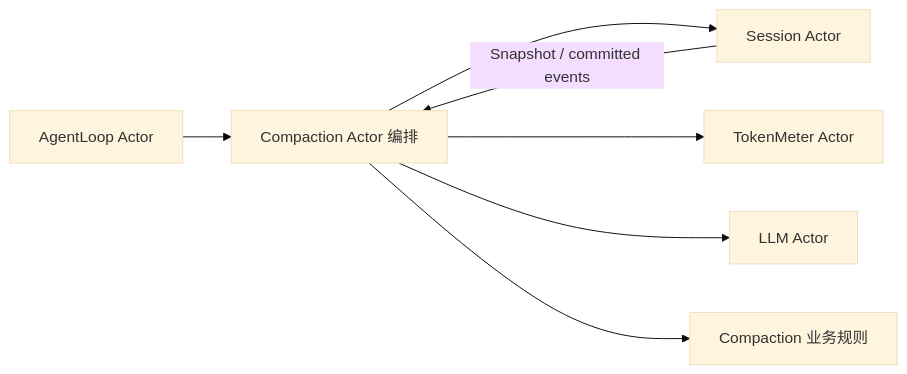
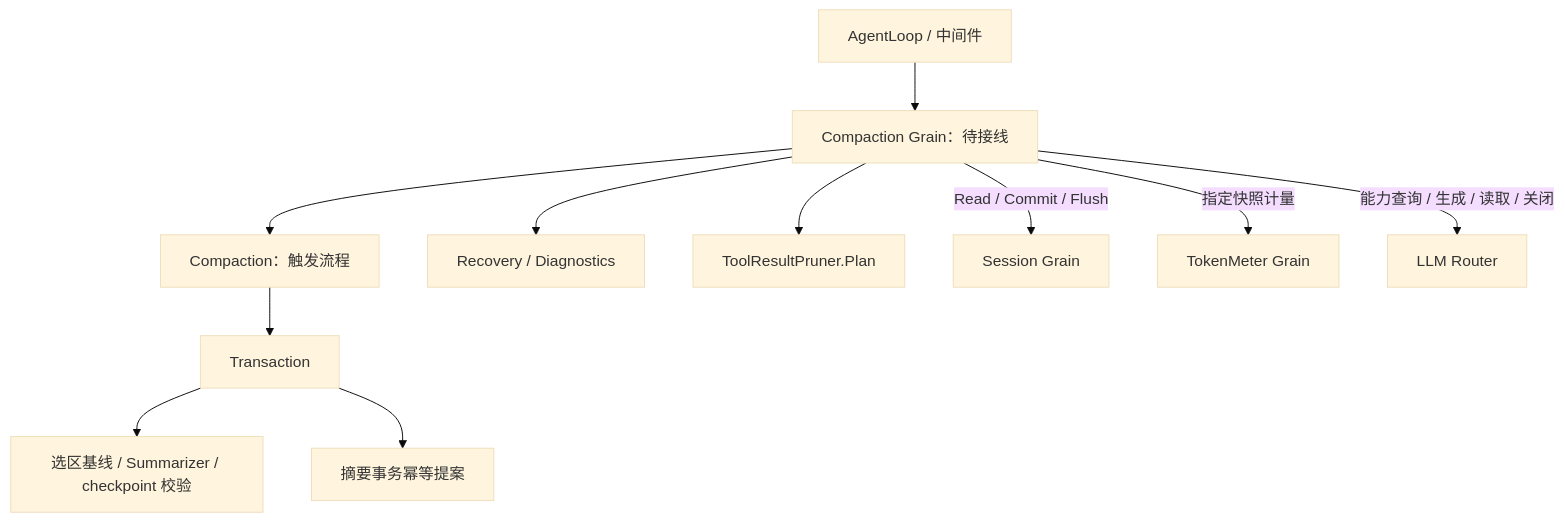
The first of 3 diagrams in zh-CN/actor-design/31-compaction-module.md (gorenx/goren), drawn with Mermaid (base theme) before and after one commit. The commit also changed other lines of this file and 6 other files, not shown here.

Commit message:
docs(actor): record compaction flows and cancellation boundaries

````diff
--- a/zh-CN/actor-design/31-compaction-module.md
+++ b/zh-CN/actor-design/31-compaction-module.md
@@ -19,9 +28,13 @@
 ```mermaid
-flowchart LR
-    A[AgentLoop Actor] --> C[Compaction Actor 编排]
-    C --> S[Session Actor]
-    C --> M[TokenMeter Actor]
-    C --> L[LLM Actor]
-    C --> B[Compaction 业务规则]
-    S -->|Snapshot / committed events| C
+flowchart TD
+ A[AgentLoop / 中间件] --> G[Compaction Grain：待接线]
+ G --> C[Compaction：触发流程]
+ G --> R[Recovery / Diagnostics]
+ C --> T[Transaction]
+ T --> B[选区基线 / Summarizer / checkpoint 校验]
+ T --> W[摘要事务幂等提案]
+ G --> P[ToolResultPruner.Plan]
+ G -->|Read / Commit / Flush| S[Session Grain]
+ G -->|指定快照计量| M[TokenMeter Grain]
+ G -->|能力查询 / 生成 / 读取 / 关闭| L[LLM Router]
 ```
````
